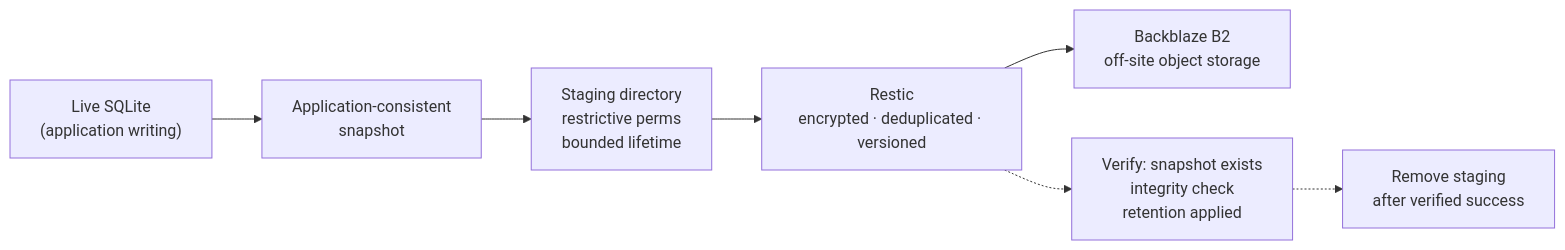
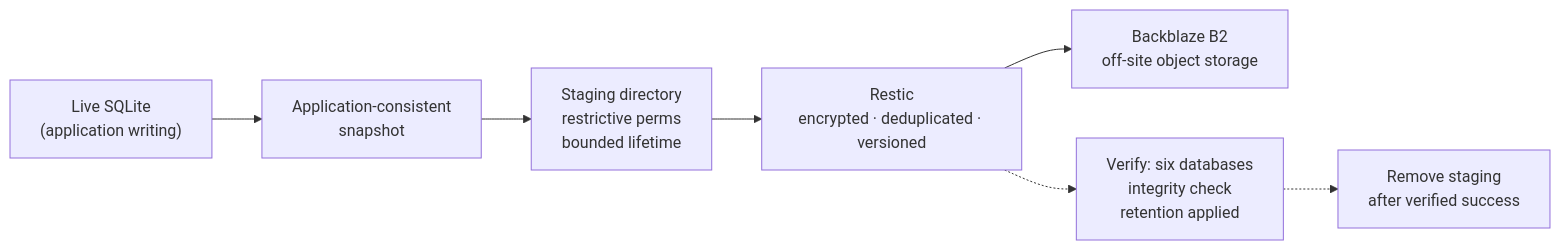
Before and after one commit to 92pablocosta/vps-public-portfolio: the diagram in docs/backup-strategy.md, drawn with Mermaid. The commit also changed other lines of this file and 9 other files, not shown here.

````diff
--- a/docs/backup-strategy.md
+++ b/docs/backup-strategy.md
@@ -11,15 +12,15 @@
 ```mermaid
 flowchart LR
     live["Live SQLite<br/>(application writing)"]
     snap["Application-consistent<br/>snapshot"]
     stage["Staging directory<br/>restrictive perms<br/>bounded lifetime"]
     restic["Restic<br/>encrypted · deduplicated · versioned"]
     b2["Backblaze B2<br/>off-site object storage"]
 
     live --> snap --> stage --> restic --> b2
 
-    verify["Verify: snapshot exists<br/>integrity check<br/>retention applied"]
+    verify["Verify: six databases<br/>integrity check<br/>retention applied"]
     restic -.-> verify
     cleanup["Remove staging<br/>after verified success"]
     verify -.-> cleanup
 ```
````
